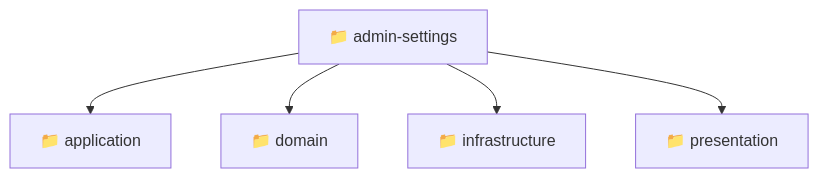
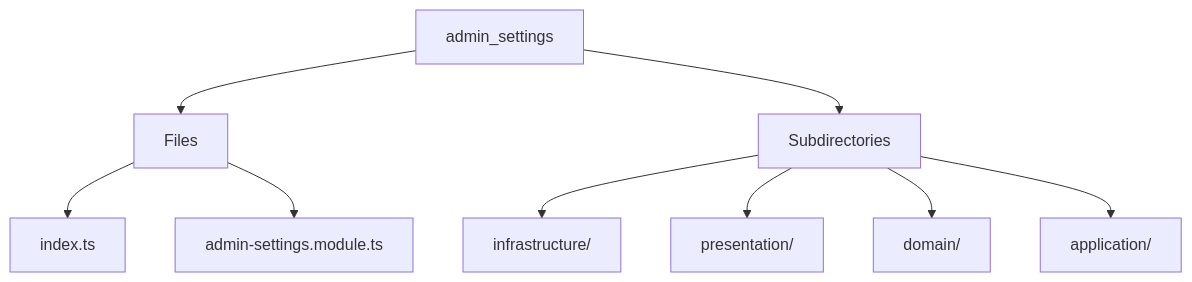
Before and after one commit to beginwebdev2002/fullstack-mavluda: the diagram in backend/src/modules/admin-settings/README.md, drawn with Mermaid. The commit also changed other lines of this file and 167 other files, not shown here.

````diff
--- a/backend/src/modules/admin-settings/README.md
+++ b/backend/src/modules/admin-settings/README.md
@@ -9,8 +12,11 @@
 ```mermaid
 graph TD
-  admin_settings["📁 admin-settings"]
-  admin_settings --> application["📁 application"]
-  admin_settings --> domain["📁 domain"]
-  admin_settings --> infrastructure["📁 infrastructure"]
-  admin_settings --> presentation["📁 presentation"]
+  admin_settings --> Files
+  Files --> index_ts[index.ts]
+  Files --> admin_settings_module_ts[admin-settings.module.ts]
+  admin_settings --> Subdirectories
+  Subdirectories --> infrastructure[infrastructure/]
+  Subdirectories --> presentation[presentation/]
+  Subdirectories --> domain[domain/]
+  Subdirectories --> application[application/]
 ```
````
